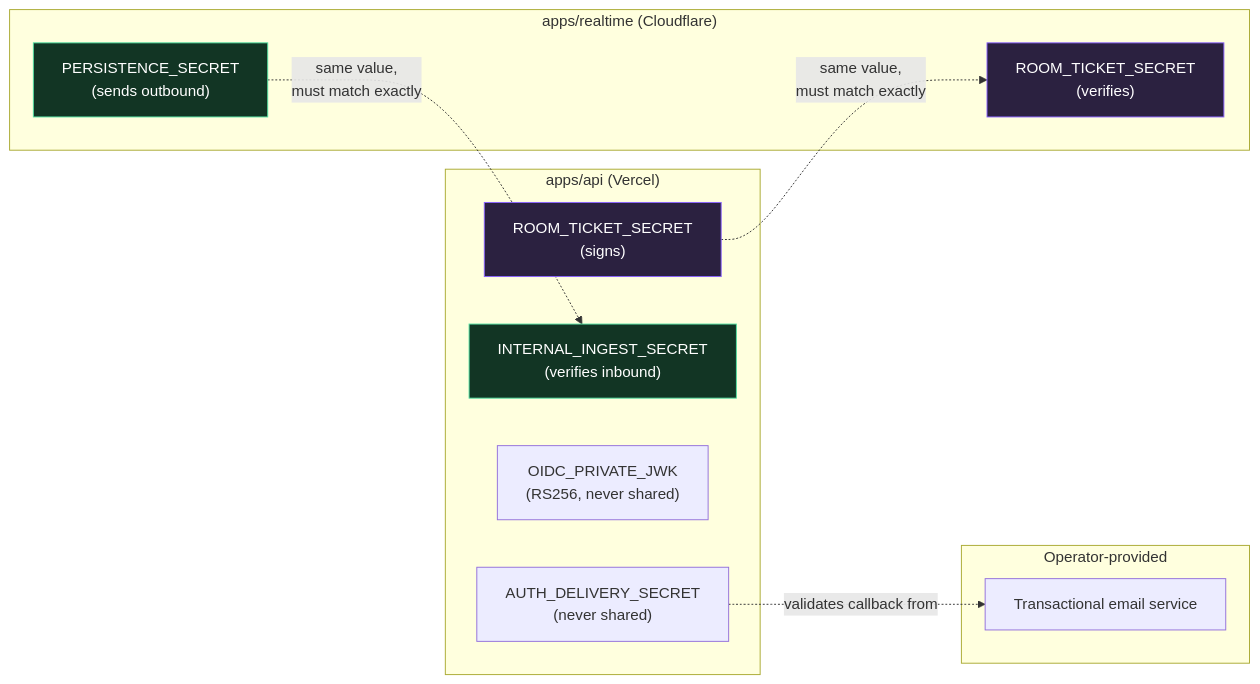
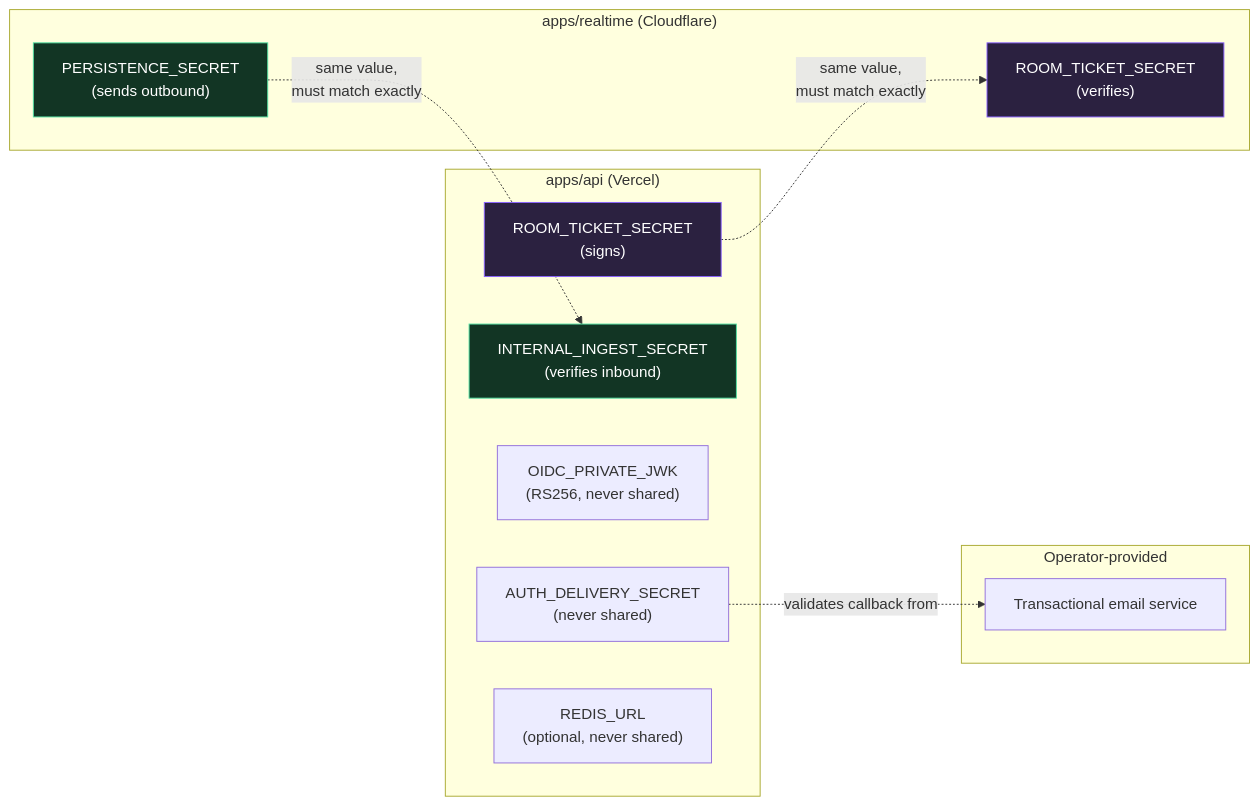
The first of 5 diagrams in docs/security.md (hoangsonww/Threadline-RealTime-Collab), drawn with Mermaid before and after one commit. The commit also changed other lines of this file and 22 other files, not shown here.

````diff
--- a/docs/security.md
+++ b/docs/security.md
@@ -28,25 +28,26 @@
 ```mermaid
 flowchart LR
     subgraph api["apps/api (Vercel)"]
         ROOM_TICKET_SECRET_A["ROOM_TICKET_SECRET<br/>(signs)"]
         INTERNAL_INGEST_SECRET["INTERNAL_INGEST_SECRET<br/>(verifies inbound)"]
         OIDC_PRIVATE_JWK["OIDC_PRIVATE_JWK<br/>(RS256, never shared)"]
         AUTH_DELIVERY_SECRET["AUTH_DELIVERY_SECRET<br/>(never shared)"]
+        REDIS_URL["REDIS_URL<br/>(optional, never shared)"]
     end
     subgraph rt["apps/realtime (Cloudflare)"]
         ROOM_TICKET_SECRET_B["ROOM_TICKET_SECRET<br/>(verifies)"]
         PERSISTENCE_SECRET["PERSISTENCE_SECRET<br/>(sends outbound)"]
     end
     subgraph ext["Operator-provided"]
         EMAIL["Transactional email service"]
     end
 
     ROOM_TICKET_SECRET_A -.->|"same value,<br/>must match exactly"| ROOM_TICKET_SECRET_B
     PERSISTENCE_SECRET -.->|"same value,<br/>must match exactly"| INTERNAL_INGEST_SECRET
     AUTH_DELIVERY_SECRET -.->|"validates callback from"| EMAIL
 
     style ROOM_TICKET_SECRET_A fill:#2b2140,stroke:#8a63ff,color:#fff
     style ROOM_TICKET_SECRET_B fill:#2b2140,stroke:#8a63ff,color:#fff
     style PERSISTENCE_SECRET fill:#123524,stroke:#52e0a2,color:#fff
     style INTERNAL_INGEST_SECRET fill:#123524,stroke:#52e0a2,color:#fff
 ```
````
